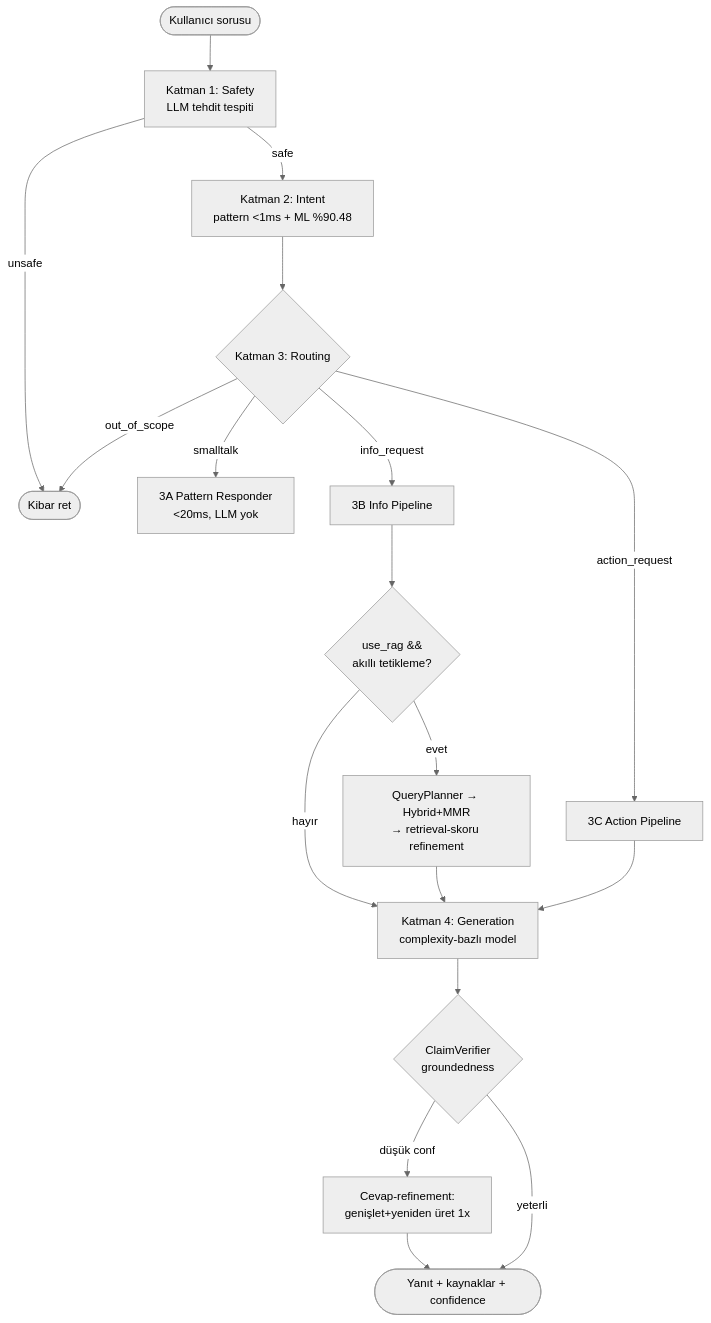
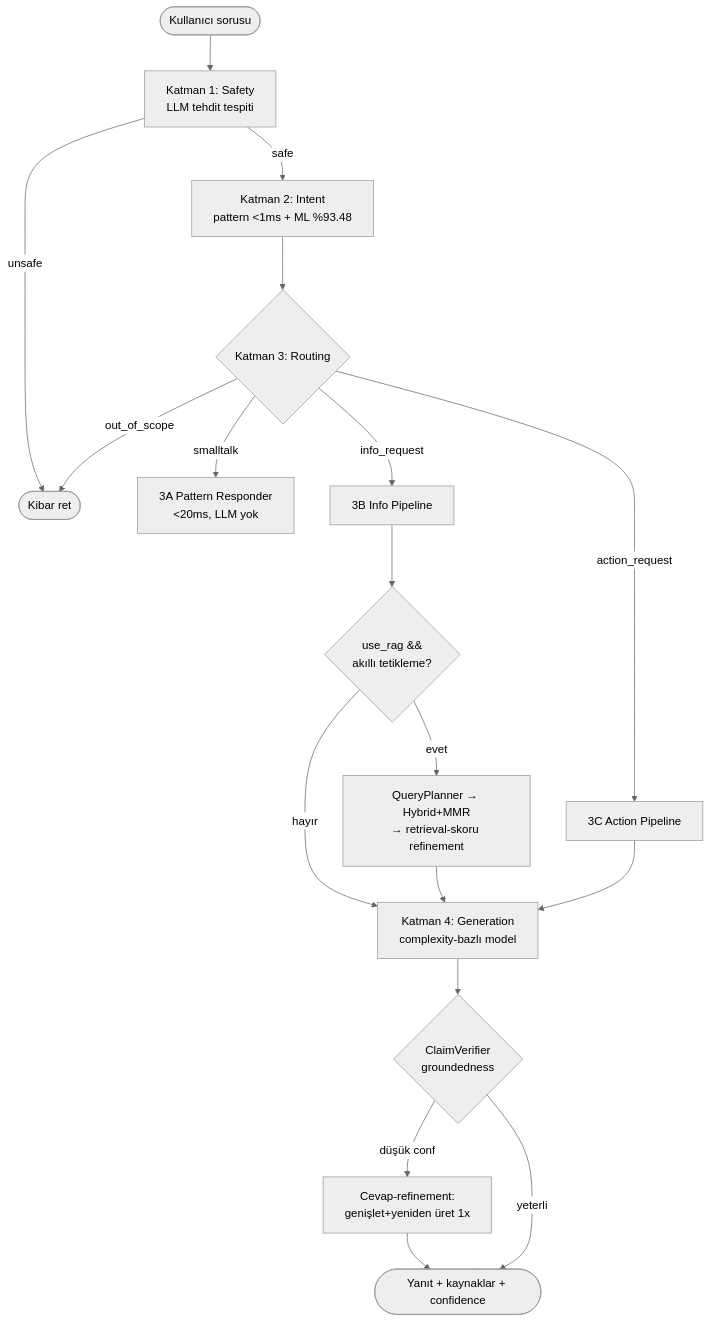
The diagram in docs/02_PIPELINE_VE_ROUTELAR.md (os-hardening-ai/ai-powered-os-hardening), drawn with Mermaid (neutral theme) before and after one commit. The commit also changed other lines of this file and 8 other files, not shown here.

````diff
--- a/docs/02_PIPELINE_VE_ROUTELAR.md
+++ b/docs/02_PIPELINE_VE_ROUTELAR.md
@@ -15,21 +15,21 @@
 ```mermaid
 flowchart TD
     Q([Kullanıcı sorusu]) --> L1[Katman 1: Safety<br/>LLM tehdit tespiti]
     L1 -->|unsafe| REJ([Kibar ret])
-    L1 -->|safe| L2[Katman 2: Intent<br/>pattern <1ms + ML %90.48]
+    L1 -->|safe| L2[Katman 2: Intent<br/>pattern <1ms + ML %93.48]
     L2 --> L3{Katman 3: Routing}
     L3 -->|smalltalk| P3A[3A Pattern Responder<br/>&lt;20ms, LLM yok]
     L3 -->|info_request| P3B[3B Info Pipeline]
     L3 -->|action_request| P3C[3C Action Pipeline]
     L3 -->|out_of_scope| REJ
 
     P3B --> RAGD{use_rag &amp;&amp;<br/>akıllı tetikleme?}
     RAGD -->|hayır| GEN
     RAGD -->|evet| RAG[QueryPlanner → Hybrid+MMR<br/>→ retrieval-skoru refinement]
     RAG --> GEN[Katman 4: Generation<br/>complexity-bazlı model]
     P3C --> GEN
     GEN --> CV{ClaimVerifier<br/>groundedness}
     CV -->|düşük conf| RF[Cevap-refinement:<br/>genişlet+yeniden üret 1x]
     RF --> OUT
     CV -->|yeterli| OUT([Yanıt + kaynaklar + confidence])
 ```
````
